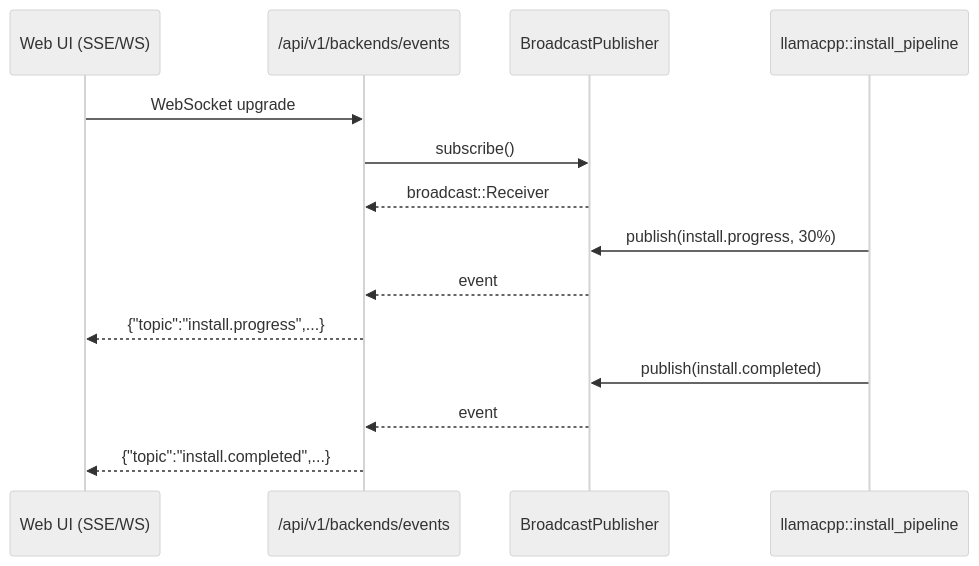
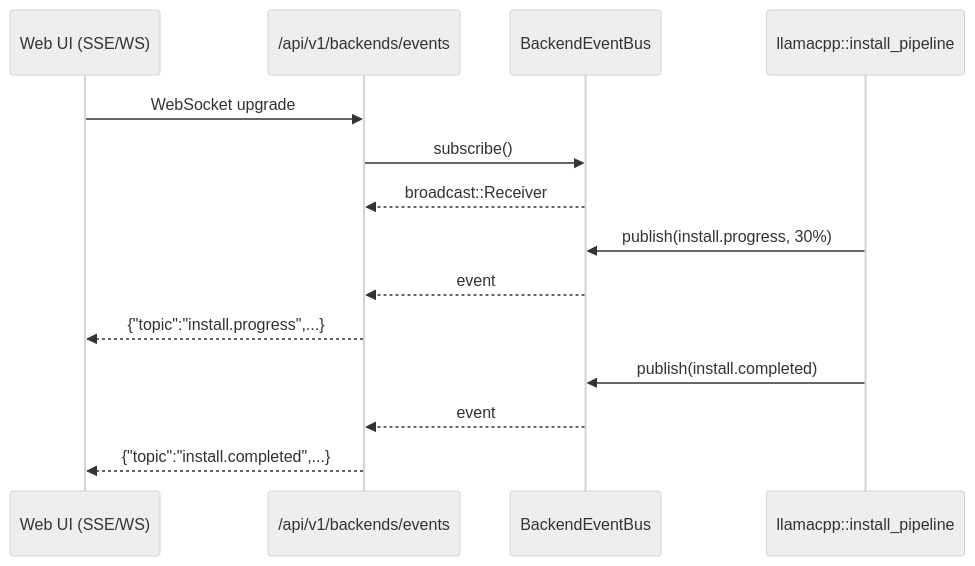
The third of 4 diagrams in docs/backend-events.md (ldilov/nexus-dnn), drawn with Mermaid (neutral theme) before and after one commit. The commit also changed other lines of this file and 146 other files, not shown here.

````diff
--- a/docs/backend-events.md
+++ b/docs/backend-events.md
@@ -98,19 +98,19 @@
 ```mermaid
 sequenceDiagram
     participant UI as Web UI (SSE/WS)
     participant WS as /api/v1/backends/events
-    participant BUS as BroadcastPublisher
+    participant BUS as BackendEventBus
     participant PIPE as llamacpp::install_pipeline
 
     UI->>WS: WebSocket upgrade
     WS->>BUS: subscribe()
     BUS-->>WS: broadcast::Receiver
 
     PIPE->>BUS: publish(install.progress, 30%)
     BUS-->>WS: event
     WS-->>UI: {"topic":"install.progress",...}
 
     PIPE->>BUS: publish(install.completed)
     BUS-->>WS: event
     WS-->>UI: {"topic":"install.completed",...}
 ```
````
